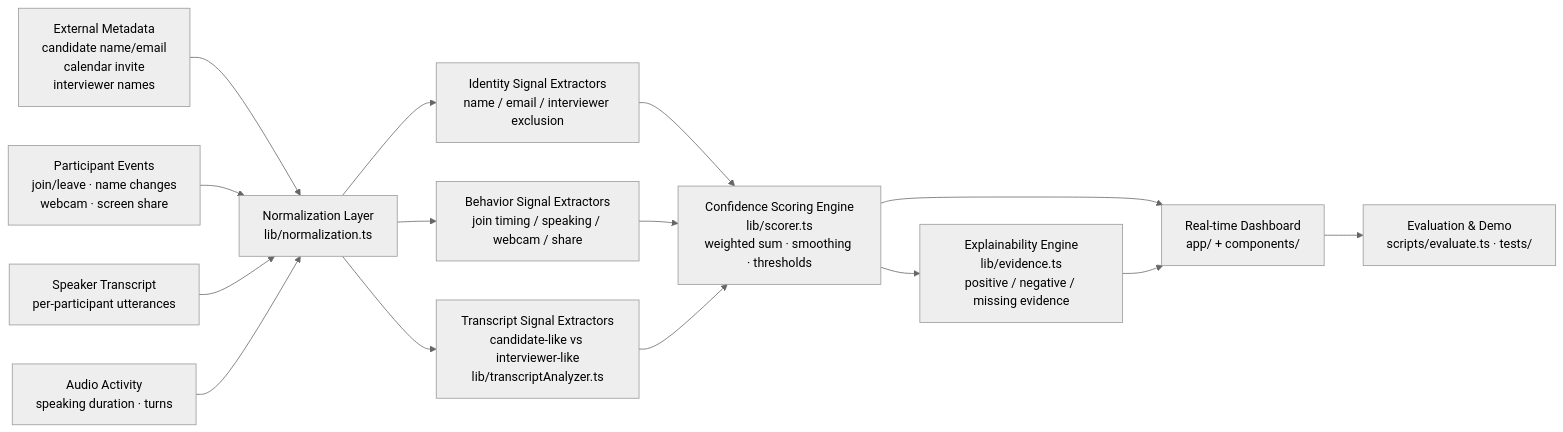
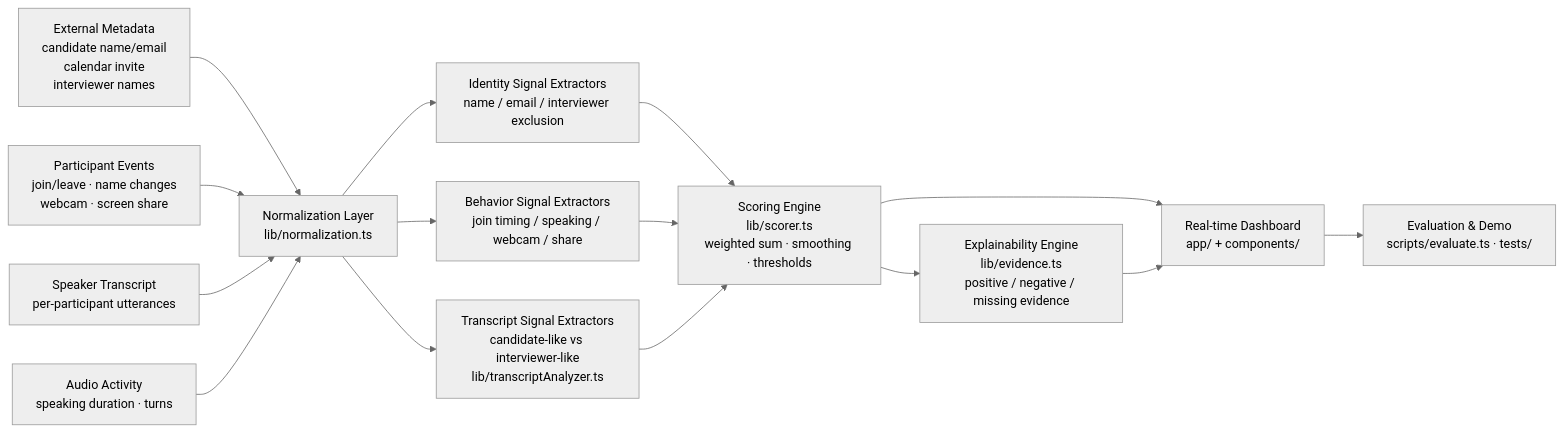
One commit to Jay14090/sherlock-candidate-identifier changed the diagram in docs/architecture.md. Above: the diagram before and after it, drawn with Mermaid (neutral theme). The commit also changed other lines of this file and 22 other files, not shown here.

````diff
--- a/docs/architecture.md
+++ b/docs/architecture.md
@@ -5,21 +5,21 @@
 ```mermaid
 flowchart LR
     A[External Metadata<br/>candidate name/email<br/>calendar invite<br/>interviewer names] --> N[Normalization Layer<br/>lib/normalization.ts]
     B[Participant Events<br/>join/leave · name changes<br/>webcam · screen share] --> N
     C[Speaker Transcript<br/>per-participant utterances] --> N
     D[Audio Activity<br/>speaking duration · turns] --> N
 
     N --> S1[Identity Signal Extractors<br/>name / email / interviewer exclusion]
     N --> S2[Behavior Signal Extractors<br/>join timing / speaking / webcam / share]
     N --> S3[Transcript Signal Extractors<br/>candidate-like vs interviewer-like<br/>lib/transcriptAnalyzer.ts]
 
-    S1 --> R[Confidence Scoring Engine<br/>lib/scorer.ts<br/>weighted sum · smoothing · thresholds]
+    S1 --> R[Scoring Engine<br/>lib/scorer.ts<br/>weighted sum · smoothing · thresholds]
     S2 --> R
     S3 --> R
 
     R --> X[Explainability Engine<br/>lib/evidence.ts<br/>positive / negative / missing evidence]
     R --> U[Real-time Dashboard<br/>app/ + components/]
     X --> U
 
     U --> F[Evaluation & Demo<br/>scripts/evaluate.ts · tests/]
 ```
````
